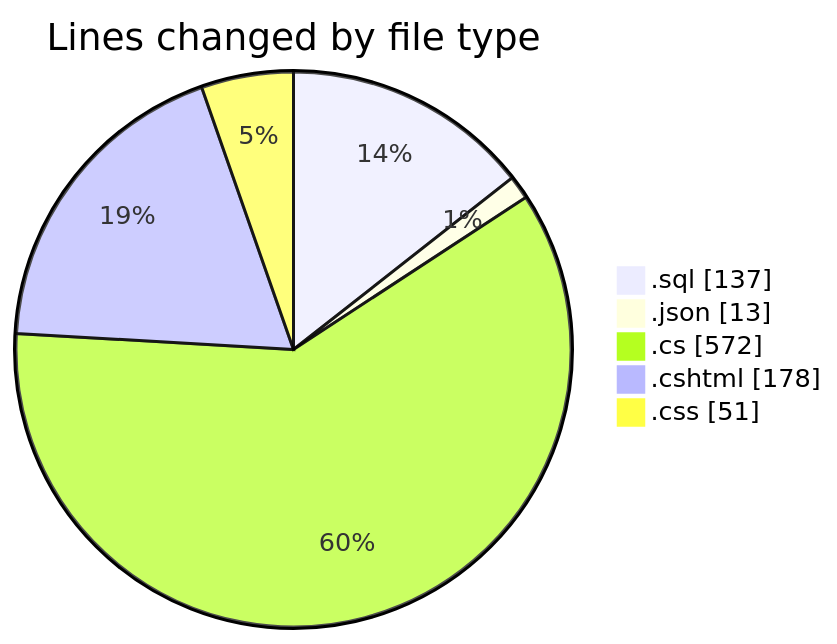
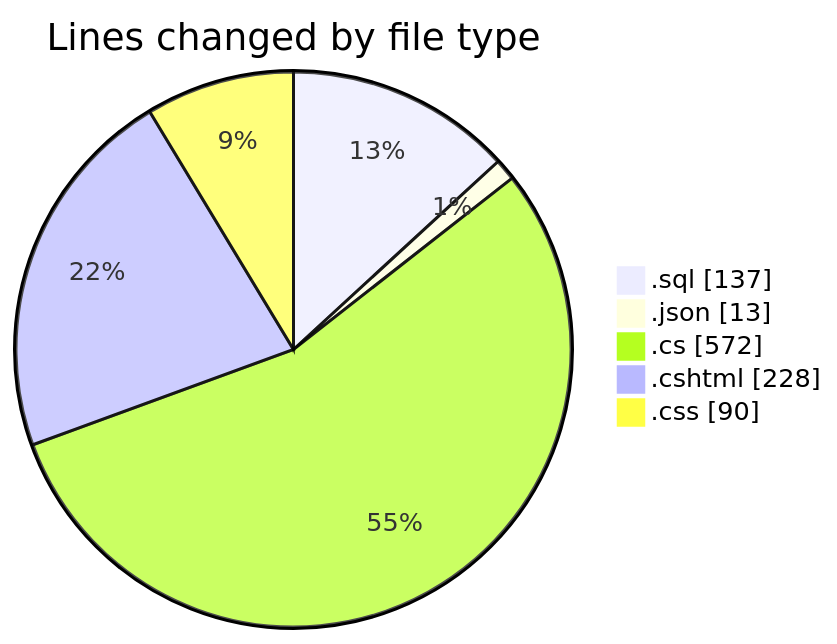
Before and after one commit to lephambinh05/code-tracking: the first of 2 diagrams in 2025-07-14/nhahang/README.md, drawn with Mermaid. The commit also changed other lines of this file and 1 other file, not shown here.

````diff
--- a/2025-07-14/nhahang/README.md
+++ b/2025-07-14/nhahang/README.md
@@ -36,9 +36,9 @@
 ```mermaid
 pie showData
 title Lines changed by file type
 ".sql" : 137
 ".json" : 13
 ".cs" : 572
-".cshtml" : 178
-".css" : 51
+".cshtml" : 228
+".css" : 90
 ```
````
